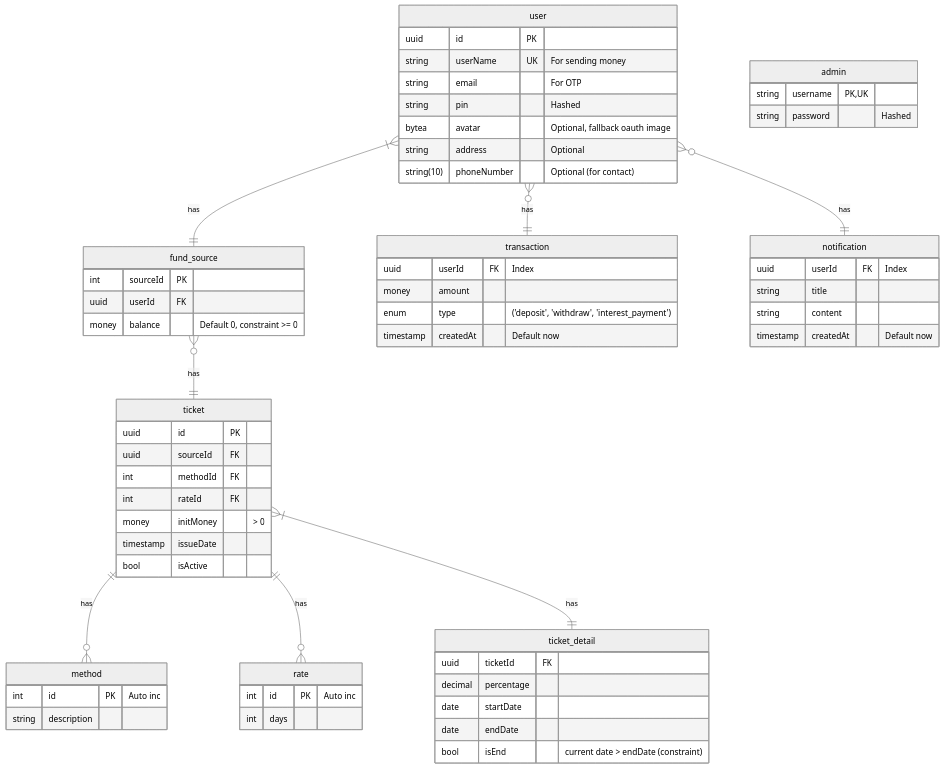
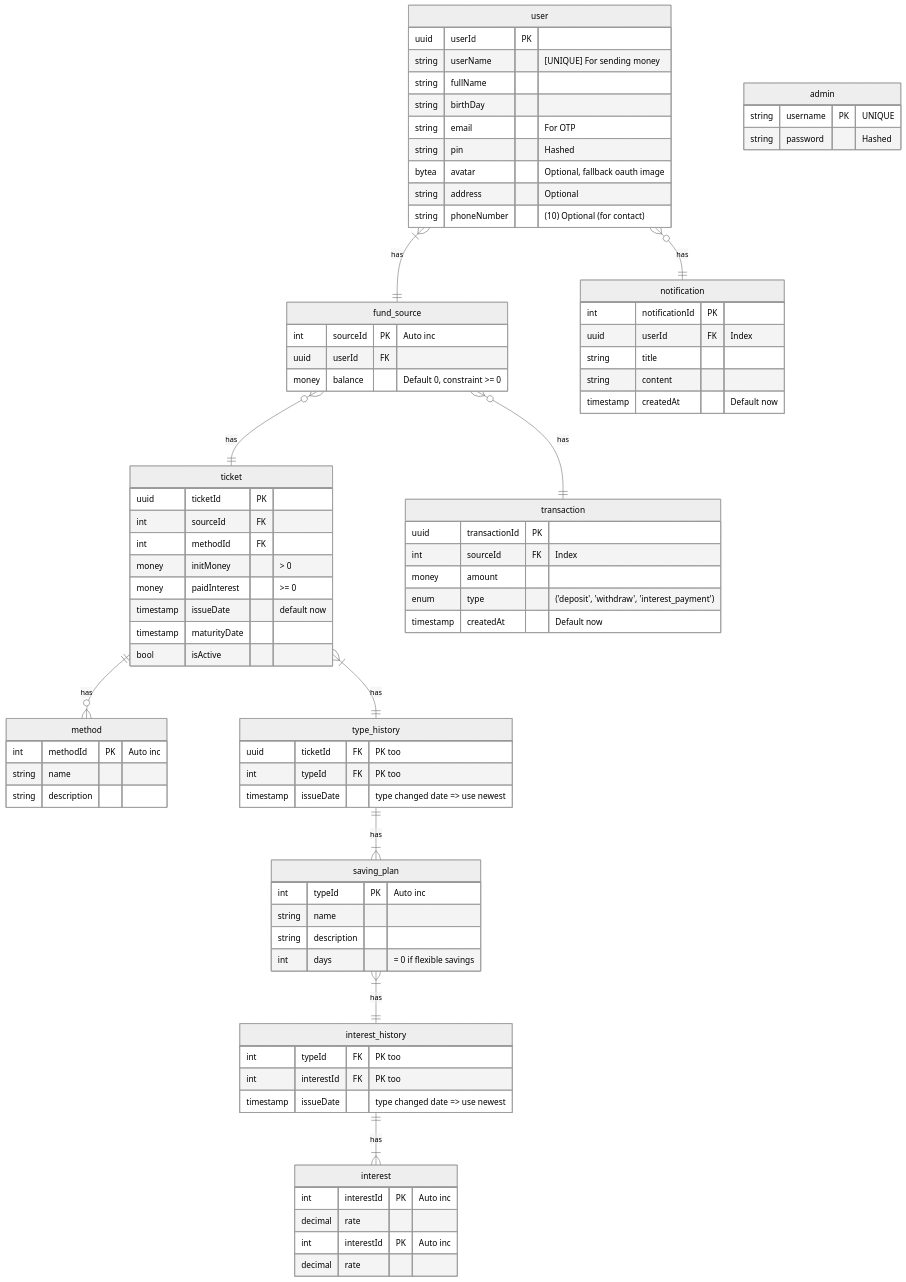
One commit to coinhub-uit/.github changed the first of 2 diagrams in profile/README.md. Above: the diagram before and after it, drawn with Mermaid (neutral theme).

````diff
--- a/profile/README.md
+++ b/profile/README.md
@@ -15,61 +15,80 @@
 ```mermaid
 erDiagram
   user {
-    uuid id PK
-    string userName UK "For sending money"
+    uuid userId PK
+    string userName  "[UNIQUE] For sending money"
+    string fullName
+    string birthDay
     string email "For OTP"
     string pin "Hashed"
     bytea avatar "Optional, fallback oauth image"
     string address "Optional"
-    string(10) phoneNumber "Optional (for contact)"
-    %% For what??
-    %% bool isActive
+    string phoneNumber "(10) Optional (for contact)"
   }
 
   fund_source {
-    int sourceId PK
+    int sourceId PK "Auto inc"
     uuid userId FK
     money balance "Default 0, constraint >= 0"
   }
 
   method {
-    int id PK "Auto inc"
+    int methodId PK "Auto inc"
+    string name
     string description
   }
 
-  %% name??
-  rate {
-    int id PK "Auto inc"
-    int days
+
+  interest {
+    int interestId PK "Auto inc"
+    decimal rate
   }
 
   ticket {
-    uuid id PK
-    uuid sourceId FK
+    uuid ticketId PK
+    int sourceId FK
     int methodId FK
-    int rateId FK
     money initMoney "> 0"
-    timestamp issueDate
+    money paidInterest ">= 0"
+    timestamp issueDate "default now"
+    timestamp maturityDate
     bool isActive
   }
 
-  %% need to change the name
-  ticket_detail {
-    uuid ticketId FK
-    decimal percentage
-    date startDate
-    date endDate
-    bool isEnd "current date > endDate (constraint)"
+  type_history{
+    uuid ticketId FK "PK too"
+    int typeId FK "PK too"
+    timestamp issueDate "type changed date => use newest"
+  }
+
+  saving_plan{
+    int typeId PK "Auto inc"
+    string name
+    string description
+    int days "= 0 if flexible savings"
+  }
+
+  interest_history{
+    int typeId FK "PK too"
+    int interestId FK "PK too"
+    timestamp issueDate "type changed date => use newest"
+  }
+
+  interest{
+    int interestId PK "Auto inc"
+    decimal rate
   }
 
   transaction {
-    uuid userId FK "Index"
+    uuid transactionId PK
+    int sourceId FK "Index"
     money amount
     enum type "('deposit', 'withdraw', 'interest_payment')"
     timestamp createdAt "Default now"
   }
 
   notification {
+    int notificationId PK
     uuid userId FK "Index"
     string title
     string content
@@ -77,15 +96,17 @@
   }
 
   admin {
-    string username PK,UK
+    string username PK "UNIQUE"
     string password "Hashed"
   }
 
-  user }o--|| transaction : has
+  fund_source }o--|| transaction : has
   user }o--|| notification : has
   user }|--|| fund_source : has
   fund_source }o--|| ticket : has
-  ticket ||--}o method : has
-  ticket ||--}o rate : has
-  ticket }|--|| ticket_detail : has
+  ticket ||--o{ method : has
+  ticket }|--|| type_history : has
+  type_history ||--|{ saving_plan : has
+  saving_plan }|--|| interest_history : has
+  interest_history ||--|{ interest : has
 ```
````
